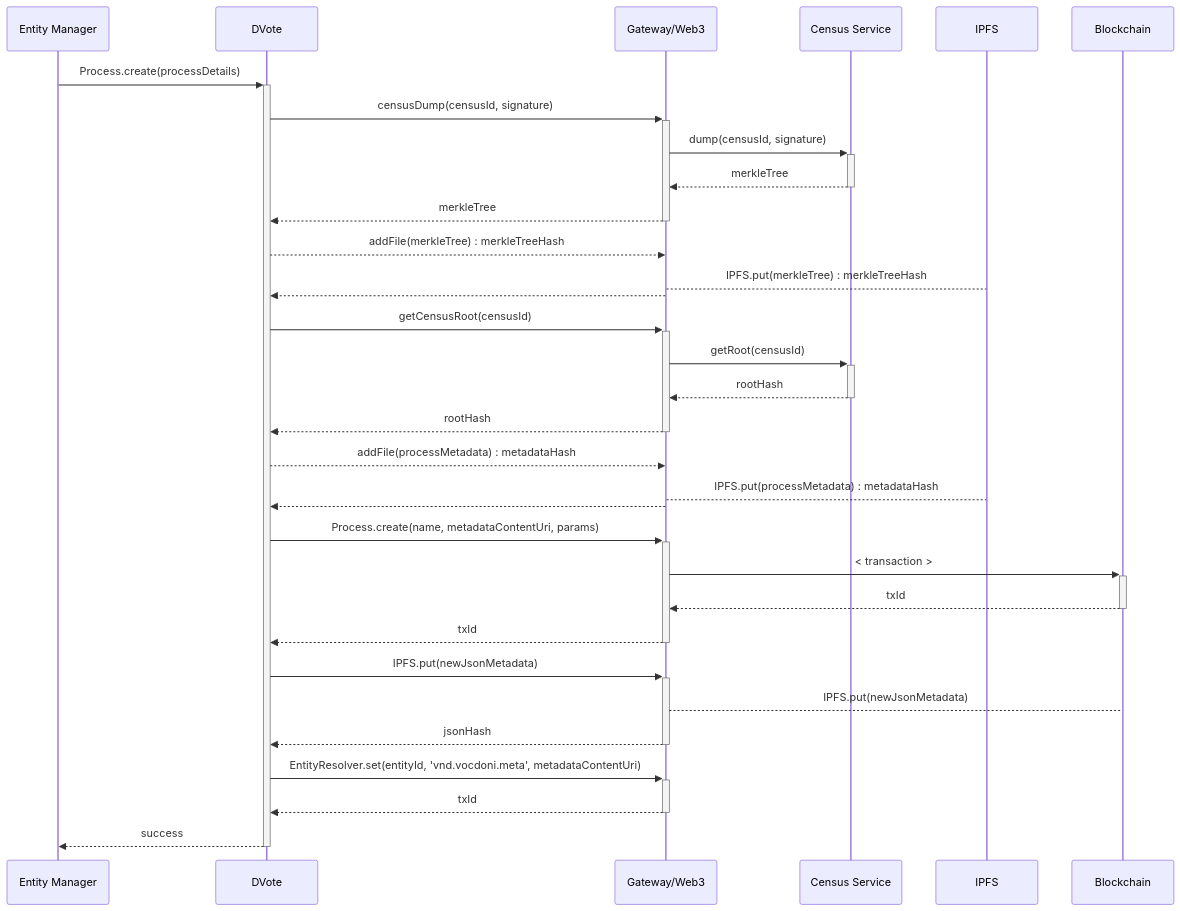
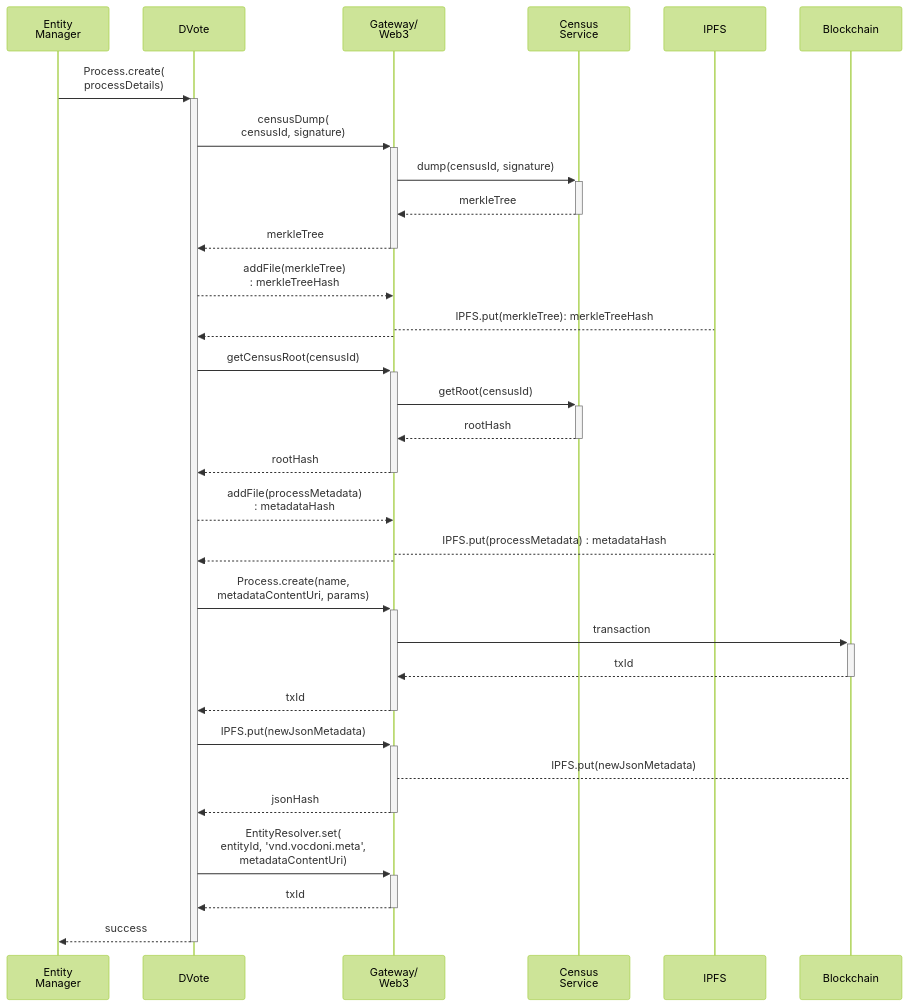
The fourth of 10 diagrams in src/architecture/sequence-diagrams.md (vocdoni/docs), drawn with Mermaid before and after one commit. The commit also changed other lines of this file and 1 other file, not shown here.

Commit message:
Improve mermaid sequence diagrams

````diff
--- a/src/architecture/sequence-diagrams.md
+++ b/src/architecture/sequence-diagrams.md
@@ -139,43 +139,44 @@
 ```mermaid
+%%{init: {'theme':'forest'}}%%
 sequenceDiagram
-    participant PM as Entity Manager
+    participant PM as Entity<br/> Manager
     participant DV as DVote
-    participant GW as Gateway/Web3
-    participant CS as Census Service
+    participant GW as Gateway/<br/>Web3
+    participant CS as Census<br/>Service
     participant IPFS as IPFS
     participant BC as Blockchain
 
-    PM->>+DV: Process.create(processDetails)
+    PM->>+DV: Process.create(<br/>processDetails)
 
-        DV->>+GW: censusDump(censusId, signature)
+        DV->>+GW: censusDump(<br/>censusId, signature)
             GW->>+CS: dump(censusId, signature)
             CS-->>-GW: merkleTree
         GW-->>-DV: merkleTree
 
-        DV-->>GW: addFile(merkleTree) : merkleTreeHash
-            GW-->IPFS: IPFS.put(merkleTree) : merkleTreeHash
+        DV-->>GW: addFile(merkleTree)<br/> : merkleTreeHash
+            GW-->IPFS: IPFS.put(merkleTree): merkleTreeHash
         GW-->>DV: 
 
         DV->>+GW: getCensusRoot(censusId)
         GW->>+CS: getRoot(censusId)
         CS-->>-GW: rootHash
         GW-->>-DV: rootHash
 
-        DV-->>GW: addFile(processMetadata) : metadataHash
+        DV-->>GW: addFile(processMetadata)<br/> : metadataHash
             GW-->IPFS: IPFS.put(processMetadata) : metadataHash
         GW-->>DV: 
 
-        DV->>+GW: Process.create(name, metadataContentUri, params)
-            GW->>+BC: #60; transaction #62;
+        DV->>+GW: Process.create(name,<br/> metadataContentUri, params)
+            GW->>+BC: transaction;
             BC-->>-GW: txId
         GW-->>-DV: txId
 
         DV->>+GW: IPFS.put(newJsonMetadata)
             GW-->BC: IPFS.put(newJsonMetadata)
         GW-->>-DV: jsonHash
 
-        DV->>+GW: EntityResolver.set(entityId, 'vnd.vocdoni.meta', metadataContentUri)
+        DV->>+GW: EntityResolver.set(<br/>entityId, 'vnd.vocdoni.meta',<br/> metadataContentUri)
         GW-->>-DV: txId
 
     DV-->>-PM: success
 ```
````
